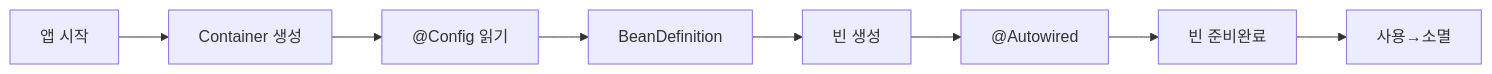
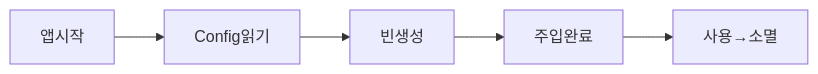
Diagram 11 of 13 in _posts/spring/2026-05-02-spring-core-basic.md (yjkim2015/yjkim2015.github.io), drawn with Mermaid before and after one commit. The commit also changed other lines of this file and 163 other files, not shown here.

First line of the commit message:
Mermaid 300개 블록 내용 축소: 5노드 5엣지 이하, 의미 있는 약어

````diff
--- a/_posts/spring/2026-05-02-spring-core-basic.md
+++ b/_posts/spring/2026-05-02-spring-core-basic.md
@@ -738,8 +726,7 @@
 ```mermaid
-flowchart LR
-    A["앱 시작"] --> B["Container 생성"]
-    B --> C["@Config 읽기"] --> D["BeanDefinition"]
-    D --> E["빈 생성"] --> F["@Autowired"]
-    F --> G["빈 준비완료"]
-    G --> H["사용→소멸"]
+graph LR
+    A[앱시작] --> B[Config읽기]
+    B --> C[빈생성]
+    C --> D[주입완료]
+    D --> E[사용→소멸]
 ```
````
